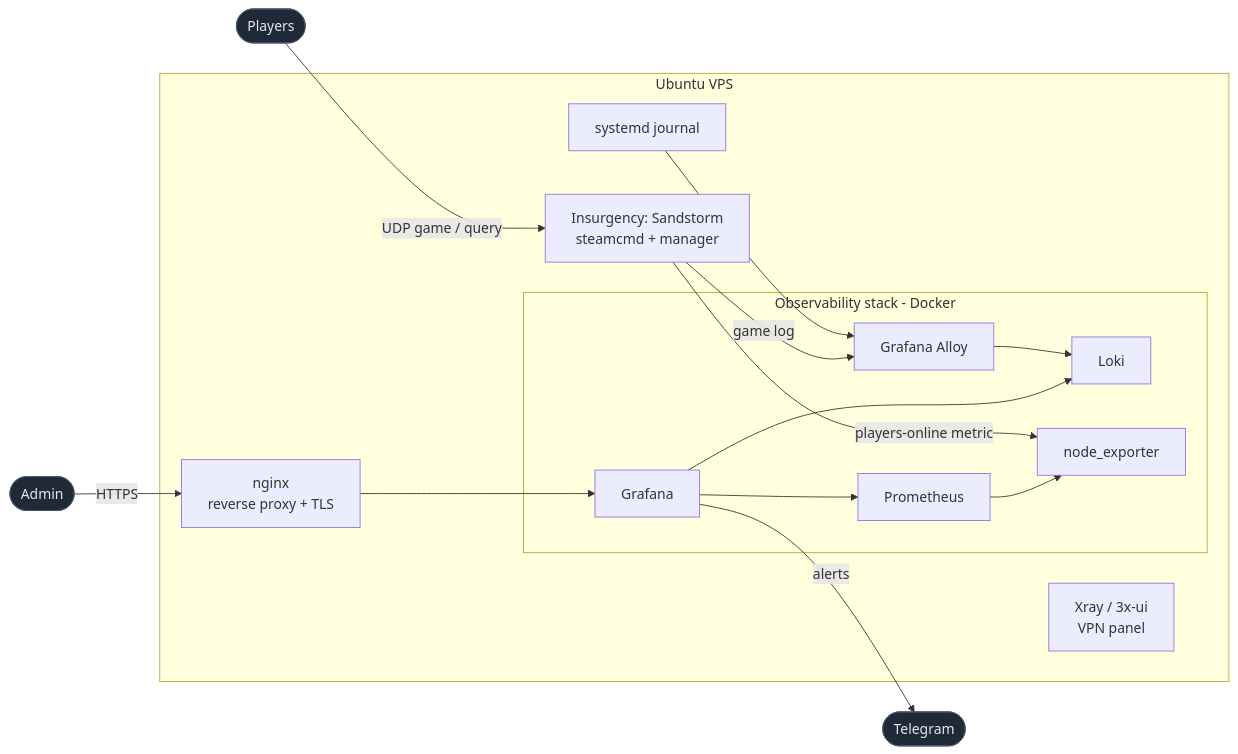
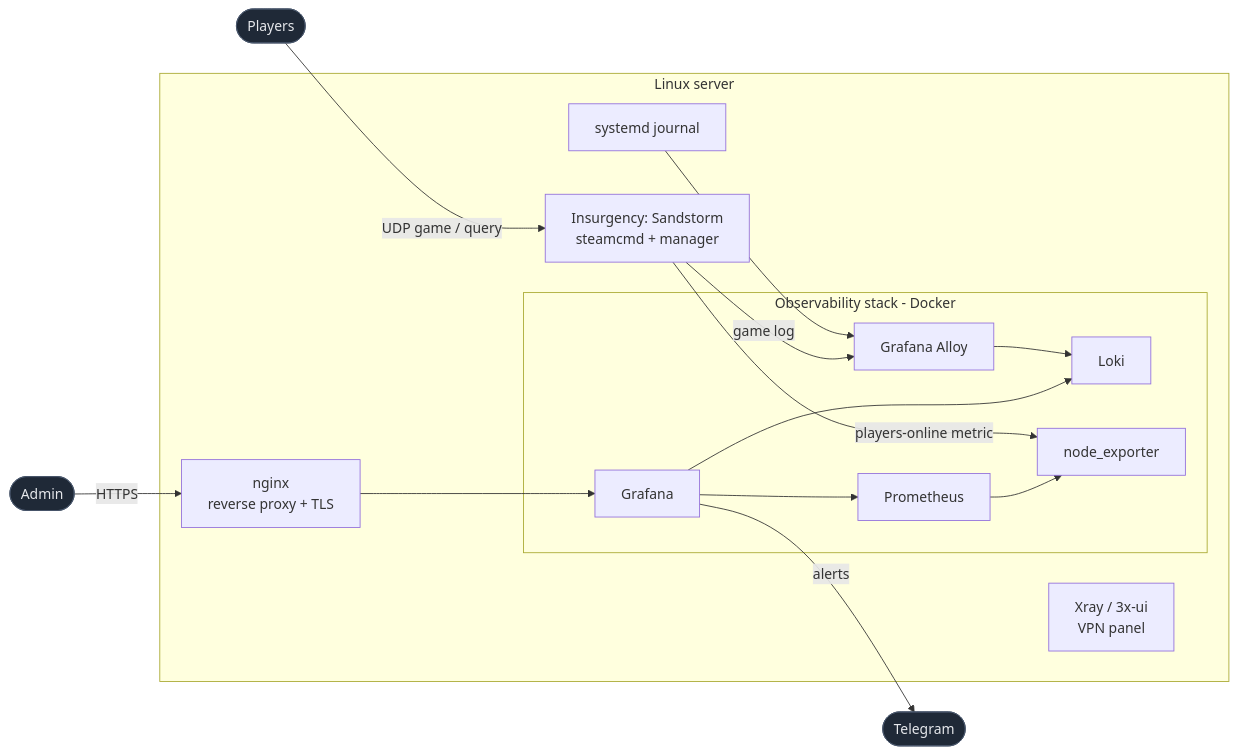
One commit to rkarpovets/server-infrastructure changed the diagram in README.md. Above: the diagram before and after it, drawn with Mermaid. The commit also changed other lines of this file and 1 other file, not shown here.

````diff
--- a/README.md
+++ b/README.md
@@ -36,25 +36,25 @@
 ```mermaid
 flowchart LR
   admin([Admin]):::ext -->|HTTPS| nginx
   players([Players]):::ext -->|UDP game / query| sandstorm
 
-  subgraph vps[Ubuntu VPS]
+  subgraph host[Linux server]
     nginx[nginx<br/>reverse proxy + TLS] --> grafana
 
     subgraph obs[Observability stack - Docker]
       grafana[Grafana] --> prometheus[Prometheus]
       grafana --> loki[Loki]
       prometheus --> nodeexp[node_exporter]
       alloy[Grafana Alloy] --> loki
     end
 
     sandstorm[Insurgency: Sandstorm<br/>steamcmd + manager]
     sandstorm -->|players-online metric| nodeexp
     sandstorm -->|game log| alloy
     journald[systemd journal] --> alloy
     xray[Xray / 3x-ui<br/>VPN panel]
   end
 
   grafana -->|alerts| tg([Telegram]):::ext
   classDef ext fill:#1f2937,stroke:#475569,color:#e5e7eb;
 ```
````
